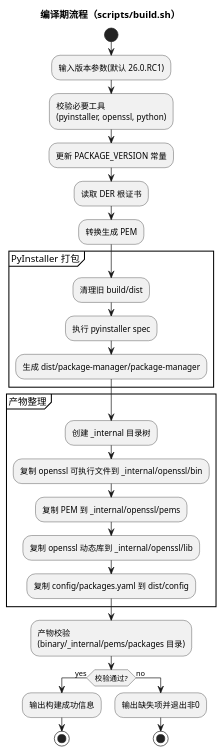
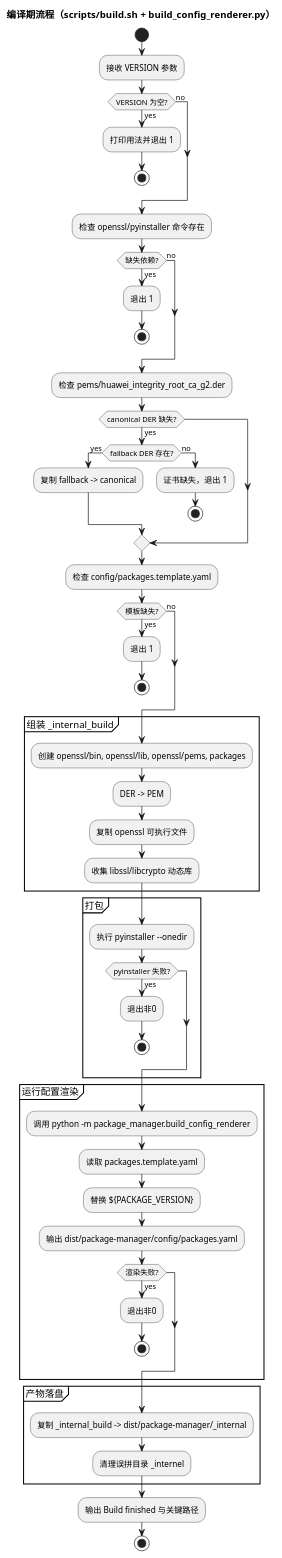
The diagram in docs/puml/build_pipeline_activity.puml (F350150/package), drawn with PlantUML before and after one commit. The commit also changed 46 other files, not shown here.

Commit message:
feat: refactor installer flow and docs with offline-first runtime design

```diff
--- a/docs/puml/build_pipeline_activity.puml
+++ b/docs/puml/build_pipeline_activity.puml
@@ -1,35 +1,71 @@
 @startuml
 
-title 编译期流程（scripts/build.sh）
+title 编译期流程（scripts/build.sh + build_config_renderer.py）
 
 start
-:输入版本参数(默认 26.0.RC1);
-:校验必要工具\n(pyinstaller, openssl, python);
-:更新 PACKAGE_VERSION 常量;
-:读取 DER 根证书;
-:转换生成 PEM;
+:接收 VERSION 参数;
+if (VERSION 为空?) then (yes)
+  :打印用法并退出 1;
+  stop
+else (no)
+endif
 
-partition "PyInstaller 打包" {
-  :清理旧 build/dist;
-  :执行 pyinstaller spec;
-  :生成 dist/package-manager/package-manager;
+:检查 openssl/pyinstaller 命令存在;
+if (缺失依赖?) then (yes)
+  :退出 1;
+  stop
+else (no)
+endif
+
+:检查 pems/huawei_integrity_root_ca_g2.der;
+if (canonical DER 缺失?) then (yes)
+  if (fallback DER 存在?) then (yes)
+    :复制 fallback -> canonical;
+  else (no)
+    :证书缺失，退出 1;
+    stop
+  endif
+endif
+
+:检查 config/packages.template.yaml;
+if (模板缺失?) then (yes)
+  :退出 1;
+  stop
+else (no)
+endif
+
+partition "组装 _internal_build" {
+  :创建 openssl/bin, openssl/lib, openssl/pems, packages;
+  :DER -> PEM;
+  :复制 openssl 可执行文件;
+  :收集 libssl/libcrypto 动态库;
 }
 
-partition "产物整理" {
-  :创建 _internal 目录树;
-  :复制 openssl 可执行文件到 _internal/openssl/bin;
-  :复制 PEM 到 _internal/openssl/pems;
-  :复制 openssl 动态库到 _internal/openssl/lib;
-  :复制 config/packages.yaml 到 dist/config;
+partition "打包" {
+  :执行 pyinstaller --onedir;
+  if (pyinstaller 失败?) then (yes)
+    :退出非0;
+    stop
+  endif
 }
 
-:产物校验\n(binary/_internal/pems/packages 目录);
-if (校验通过?) then (yes)
-  :输出构建成功信息;
-  stop
-else (no)
-  :输出缺失项并退出非0;
-  stop
-endif
+partition "运行配置渲染" {
+  :调用 python -m package_manager.build_config_renderer;
+  :读取 packages.template.yaml;
+  :替换 ${PACKAGE_VERSION};
+  :输出 dist/package-manager/config/packages.yaml;
+  if (渲染失败?) then (yes)
+    :退出非0;
+    stop
+  endif
+}
+
+partition "产物落盘" {
+  :复制 _internal_build -> dist/package-manager/_internal;
+  :清理误拼目录 _internel;
+}
+
+:输出 Build finished 与关键路径;
+stop
 
 @enduml
```
